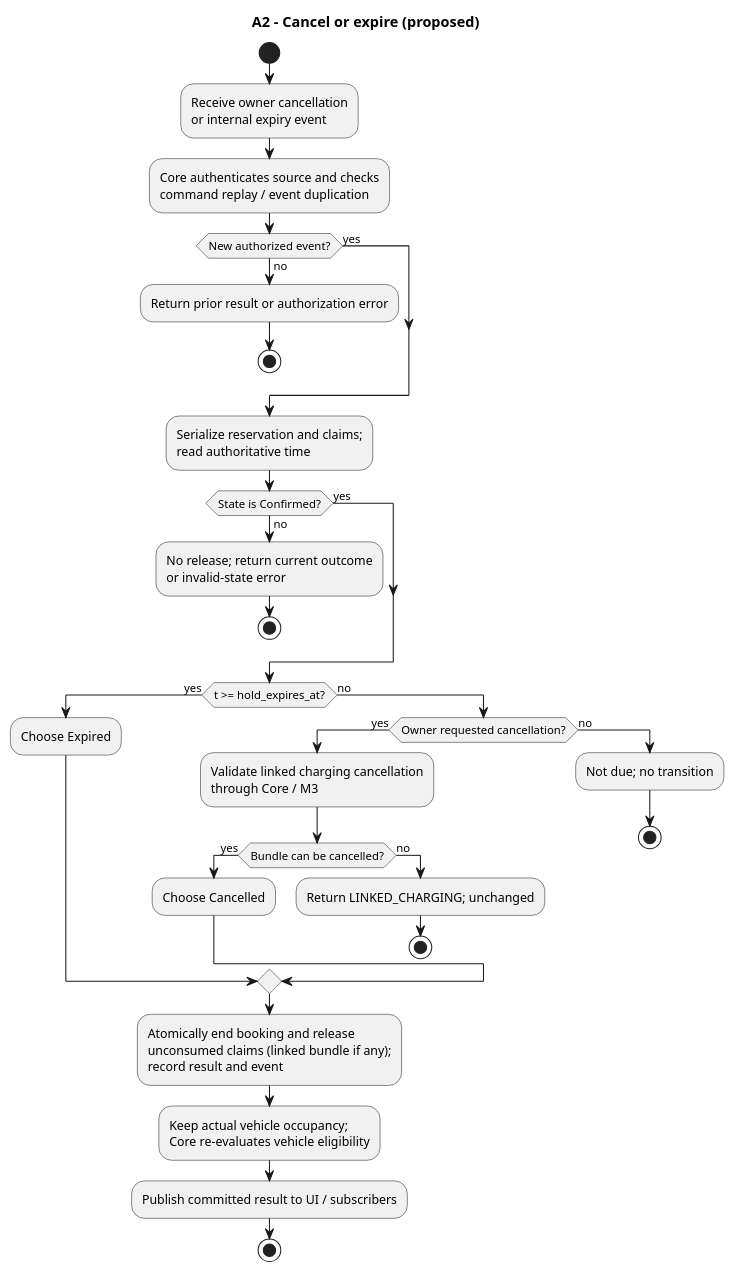
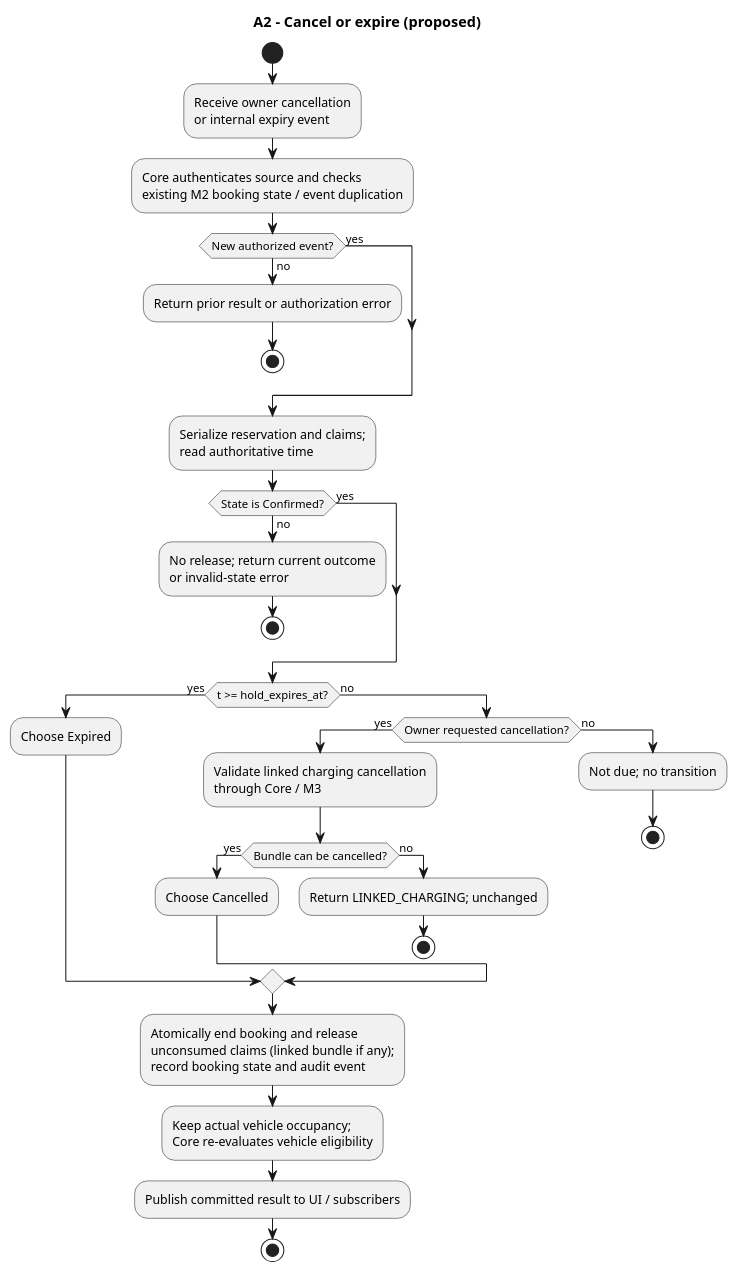
One commit to MabC06/smart-e-mobility-hub changed the diagram in docs/design/behavioral/reservation-diagrams/a2-release.puml. Above: the diagram before and after it, drawn with PlantUML. The commit also changed 14 other files, not shown here.

```diff
--- a/docs/design/behavioral/reservation-diagrams/a2-release.puml
+++ b/docs/design/behavioral/reservation-diagrams/a2-release.puml
@@ -1,39 +1,39 @@
 @startuml
 title A2 - Cancel or expire (proposed)
 skinparam shadowing false
 skinparam defaultFontName Arial
 start
 :Receive owner cancellation\nor internal expiry event;
-:Core authenticates source and checks\ncommand replay / event duplication;
+:Core authenticates source and checks\nexisting M2 booking state / event duplication;
 if (New authorized event?) then (yes)
 else (no)
   :Return prior result or authorization error;
   stop
 endif
 :Serialize reservation and claims;\nread authoritative time;
 if (State is Confirmed?) then (yes)
 else (no)
   :No release; return current outcome\nor invalid-state error;
   stop
 endif
 if (t >= hold_expires_at?) then (yes)
   :Choose Expired;
 else (no)
   if (Owner requested cancellation?) then (yes)
     :Validate linked charging cancellation\nthrough Core / M3;
     if (Bundle can be cancelled?) then (yes)
       :Choose Cancelled;
     else (no)
       :Return LINKED_CHARGING; unchanged;
       stop
     endif
   else (no)
     :Not due; no transition;
     stop
   endif
 endif
-:Atomically end booking and release\nunconsumed claims (linked bundle if any);\nrecord result and event;
+:Atomically end booking and release\nunconsumed claims (linked bundle if any);\nrecord booking state and audit event;
 :Keep actual vehicle occupancy;\nCore re-evaluates vehicle eligibility;
 :Publish committed result to UI / subscribers;
 stop
 @enduml
```
